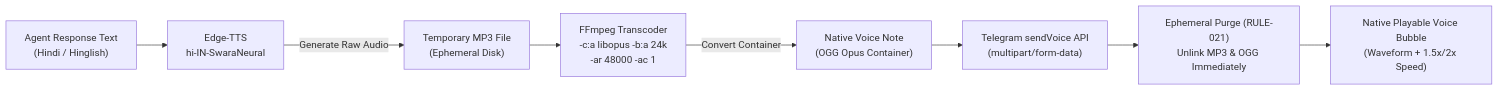
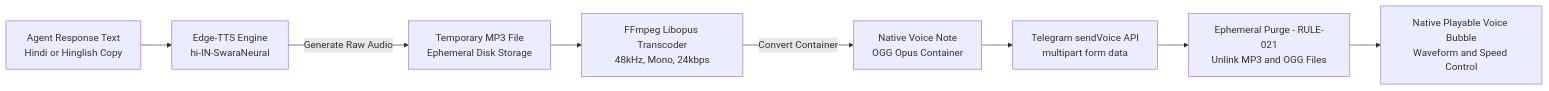
One commit to HarshkumarG007/AurumAI changed the fifth of 7 diagrams in README.md. Above: the diagram before and after it, drawn with Mermaid. The commit also changed other lines of this file, not shown here.

Commit message:
fix(docs): resolve GitHub Mermaid diagram syntax errors and clean formatting

````diff
--- a/README.md
+++ b/README.md
@@ -361,10 +366,10 @@
 ```mermaid
 flowchart LR
-    TEXT["Agent Response Text<br>(Hindi / Hinglish)"] --> TTS["Edge-TTS<br>hi-IN-SwaraNeural"]
-    TTS -->|Generate Raw Audio| MP3["Temporary MP3 File<br>(Ephemeral Disk)"]
-    MP3 --> FFMPEG["FFmpeg Transcoder<br>-c:a libopus -b:a 24k<br>-ar 48000 -ac 1"]
-    FFMPEG -->|Convert Container| OGG["Native Voice Note<br>(OGG Opus Container)"]
-    OGG --> TG_API["Telegram sendVoice API<br>(multipart/form-data)"]
-    TG_API --> CLEANUP["Ephemeral Purge (RULE-021)<br>Unlink MP3 & OGG Immediately"]
-    CLEANUP --> USER["Native Playable Voice Bubble<br>(Waveform + 1.5x/2x Speed)"]
+    TEXT["Agent Response Text<br/>Hindi or Hinglish Copy"] --> TTS["Edge-TTS Engine<br/>hi-IN-SwaraNeural"]
+    TTS -->|Generate Raw Audio| MP3["Temporary MP3 File<br/>Ephemeral Disk Storage"]
+    MP3 --> FFMPEG["FFmpeg Libopus Transcoder<br/>48kHz, Mono, 24kbps"]
+    FFMPEG -->|Convert Container| OGG["Native Voice Note<br/>OGG Opus Container"]
+    OGG --> TG_API["Telegram sendVoice API<br/>multipart form data"]
+    TG_API --> CLEANUP["Ephemeral Purge - RULE-021<br/>Unlink MP3 and OGG Files"]
+    CLEANUP --> USER["Native Playable Voice Bubble<br/>Waveform and Speed Control"]
 ```
````
